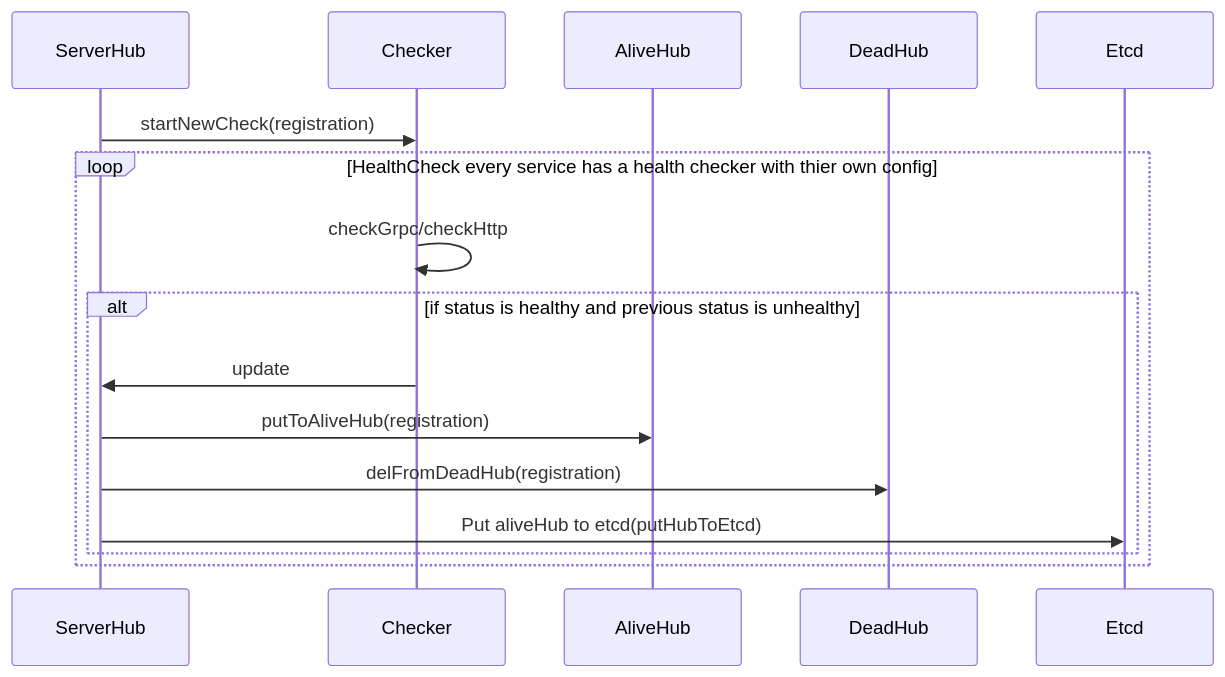
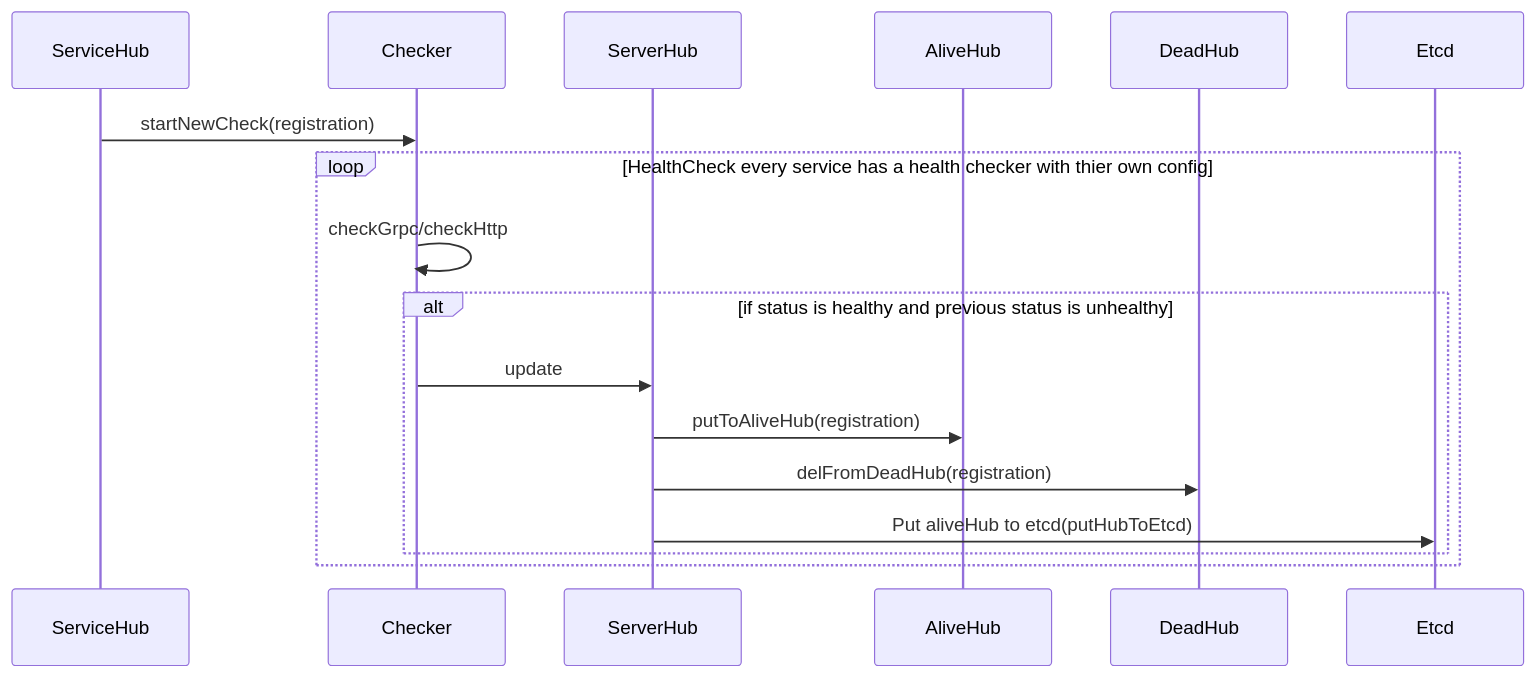
One commit to cruvie/kk_etcd_go changed the third of 4 diagrams in README.md. Above: the diagram before and after it, drawn with Mermaid. The commit also changed other lines of this file and 116 other files, not shown here.

Commit message:
replace server to service

````diff
--- a/README.md
+++ b/README.md
@@ -120,13 +120,13 @@
 ```mermaid
 sequenceDiagram
-    ServerHub ->> Checker: startNewCheck(registration)
+    ServiceHub ->> Checker: startNewCheck(registration)
     loop HealthCheck every service has a health checker with thier own config
         Checker ->> Checker: checkGrpc/checkHttp
         alt if status is healthy and previous status is unhealthy
             Checker ->> ServerHub: update
             ServerHub ->> AliveHub: putToAliveHub(registration)
             ServerHub ->> DeadHub: delFromDeadHub(registration)
             ServerHub ->> Etcd: Put aliveHub to etcd(putHubToEtcd)
         end
     end
 ```
````
